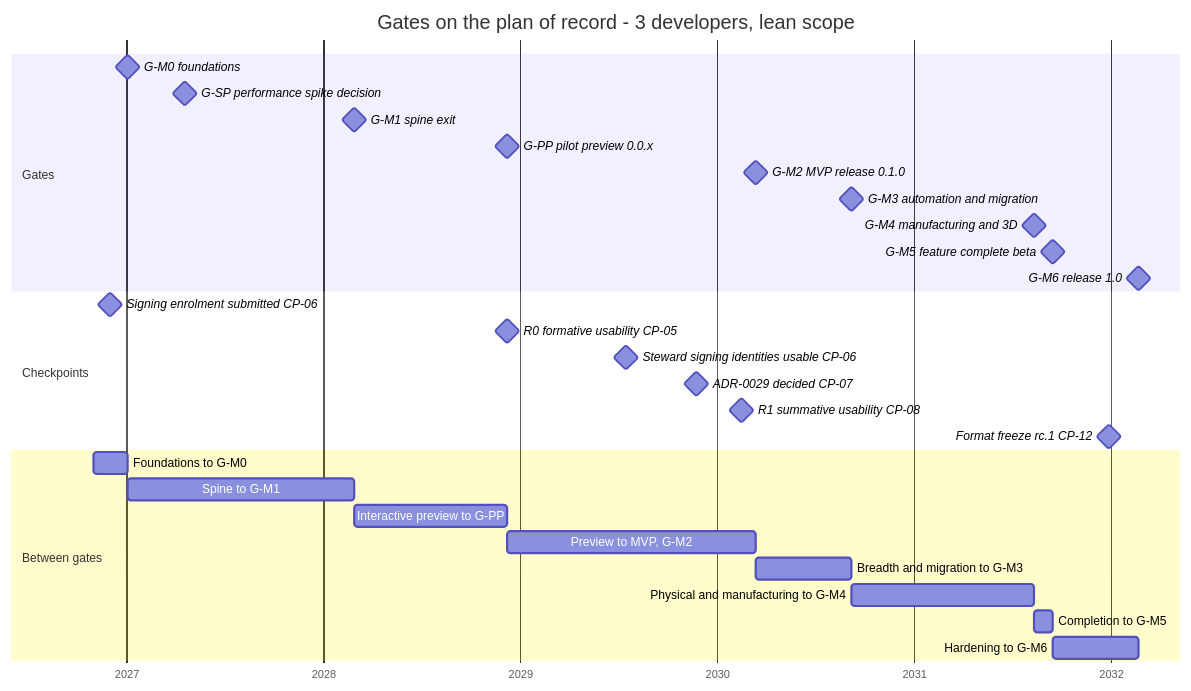
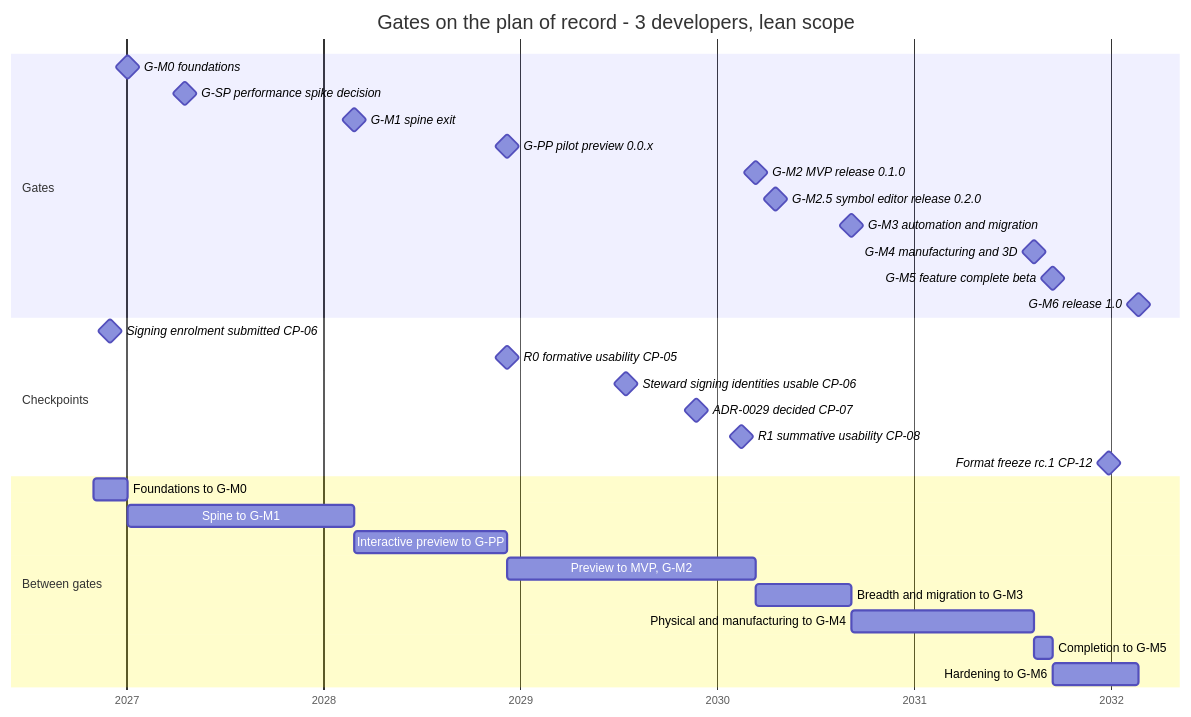
One commit to Ironkode787/ElektraWatt changed the first of 3 diagrams in docs/plan/03-gates.md. Above: the diagram before and after it, drawn with Mermaid. The commit also changed other lines of this file and 18 other files, not shown here.

First line of the commit message:
docs(plan): the symbol editor becomes milestone M2.5, release 0.2.0

````diff
--- a/docs/plan/03-gates.md
+++ b/docs/plan/03-gates.md
@@ -269,32 +277,33 @@
 ```mermaid
 gantt
   title Gates on the plan of record - 3 developers, lean scope
   dateFormat YYYY-MM-DD
   axisFormat %Y
   section Gates
   G-M0 foundations :milestone, g0, 2027-01-03, 0d
   G-SP performance spike decision :milestone, gsp, 2027-04-20, 0d
   G-M1 spine exit :milestone, g1, 2028-02-27, 0d
   G-PP pilot preview 0.0.x :milestone, gpp, 2028-12-08, 0d
   G-M2 MVP release 0.1.0 :milestone, g2, 2030-03-14, 0d
+  G-M2.5 symbol editor release 0.2.0 :milestone, g25, 2030-04-19, 0d
   G-M3 automation and migration :milestone, g3, 2030-09-07, 0d
   G-M4 manufacturing and 3D :milestone, g4, 2031-08-12, 0d
   G-M5 feature complete beta :milestone, g5, 2031-09-15, 0d
   G-M6 release 1.0 :milestone, g6, 2032-02-21, 0d
   section Checkpoints
   Signing enrolment submitted CP-06 :milestone, c6, 2026-12-02, 0d
   R0 formative usability CP-05 :milestone, r0, 2028-12-08, 0d
   Steward signing identities usable CP-06 :milestone, c6b, 2029-07-16, 0d
   ADR-0029 decided CP-07 :milestone, c7, 2029-11-22, 0d
   R1 summative usability CP-08 :milestone, r1, 2030-02-15, 0d
   Format freeze rc.1 CP-12 :milestone, rc1, 2031-12-27, 0d
   section Between gates
   Foundations to G-M0 :a0, 2026-11-01, 2027-01-03
   Spine to G-M1 :a1, 2027-01-03, 2028-02-27
   Interactive preview to G-PP :a7, 2028-02-27, 2028-12-08
   Preview to MVP, G-M2 :a2, 2028-12-08, 2030-03-14
   Breadth and migration to G-M3 :a3, 2030-03-14, 2030-09-07
   Physical and manufacturing to G-M4 :a4, 2030-09-07, 2031-08-12
   Completion to G-M5 :a5, 2031-08-12, 2031-09-15
   Hardening to G-M6 :a6, 2031-09-15, 2032-02-21
 ```
````
